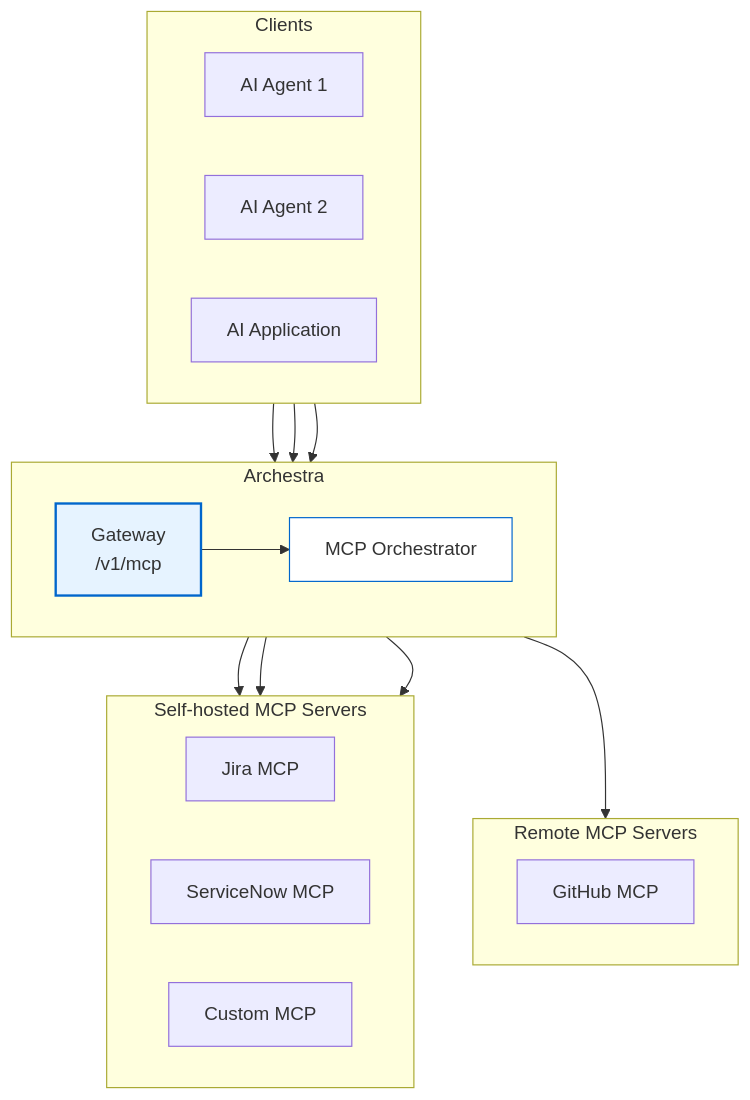
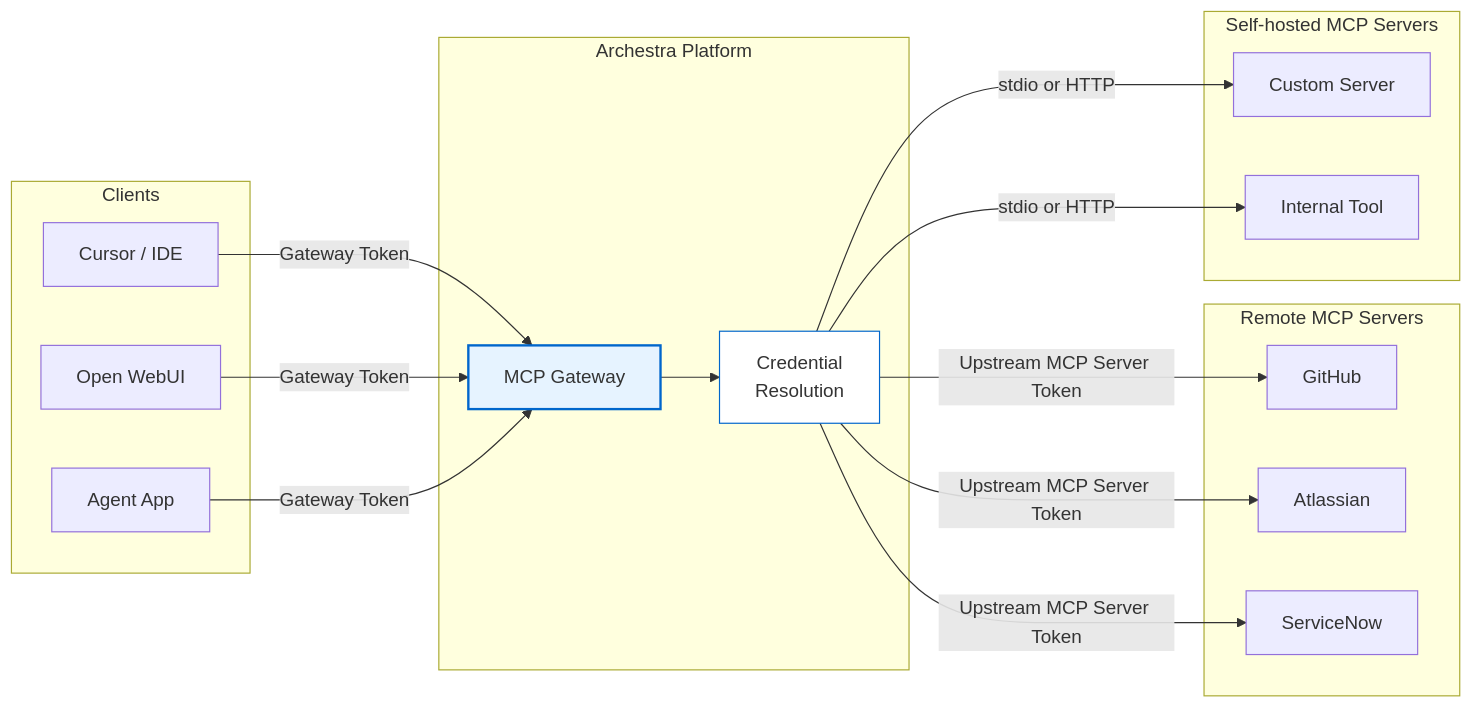
Before and after one commit to 64johnlee/archestra: the diagram in docs/pages/platform-mcp-gateway.md, drawn with Mermaid. The commit also changed other lines of this file and 9 other files, not shown here.

First line of the commit message:
docs: revise MCP docs overview, registry, gateway, and auth (#3973)

````diff
--- a/docs/pages/platform-mcp-gateway.md
+++ b/docs/pages/platform-mcp-gateway.md
@@ -28,42 +40,37 @@
 ```mermaid
-graph TB
+graph LR
     subgraph Clients
-        direction LR
-        A1["AI Agent 1"]
-        A2["AI Agent 2"]
-        A3["AI Application"]
+        C1["Cursor / IDE"]
+        C2["Open WebUI"]
+        C3["Agent App"]
     end
 
-    subgraph Gateway["Archestra"]
-        direction LR
-        GW["Gateway<br/>/v1/mcp"]
-        Orch["MCP Orchestrator"]
-
-        GW --> Orch
+    subgraph Archestra["Archestra Platform"]
+        GW["MCP Gateway"]
+        CR["Credential<br/>Resolution"]
+        GW --> CR
     end
 
-    subgraph Remote["Remote MCP Servers"]
-        direction LR
-        R1["GitHub MCP"]
+    subgraph Passthrough["Remote MCP Servers"]
+        U1["GitHub"]
+        U2["Atlassian"]
+        U3["ServiceNow"]
     end
 
-    subgraph SelfHosted["Self-hosted MCP Servers"]
-        direction LR
-        S1["Jira MCP"]
-        S2["ServiceNow MCP"]
-        S3["Custom MCP"]
+    subgraph Hosted["Self-hosted MCP Servers"]
+        H1["Custom Server"]
+        H2["Internal Tool"]
     end
 
-    A1 --> GW
-    A2 --> GW
-    A3 --> GW
-
-    GW --> R1
-
-    Orch --> S1
-    Orch --> S2
-    Orch --> S3
+    C1 -- "Gateway Token" --> GW
+    C2 -- "Gateway Token" --> GW
+    C3 -- "Gateway Token" --> GW
+    CR -- "Upstream MCP Server Token" --> U1
+    CR -- "Upstream MCP Server Token" --> U2
+    CR -- "Upstream MCP Server Token" --> U3
+    CR -- "stdio or HTTP" --> H1
+    CR -- "stdio or HTTP" --> H2
 
     style GW fill:#e6f3ff,stroke:#0066cc,stroke-width:2px
-    style Orch fill:#fff,stroke:#0066cc,stroke-width:1px
+    style CR fill:#fff,stroke:#0066cc,stroke-width:1px
 ```
````
